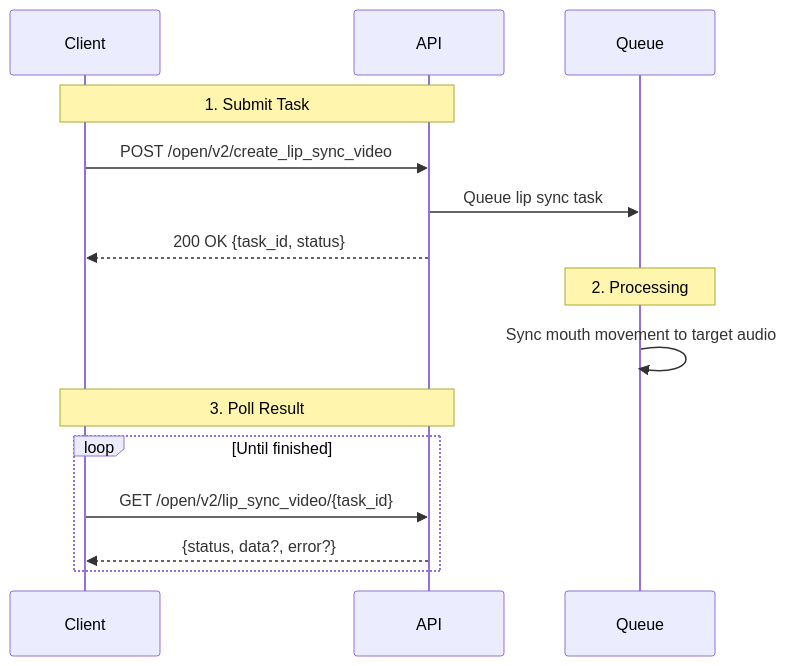
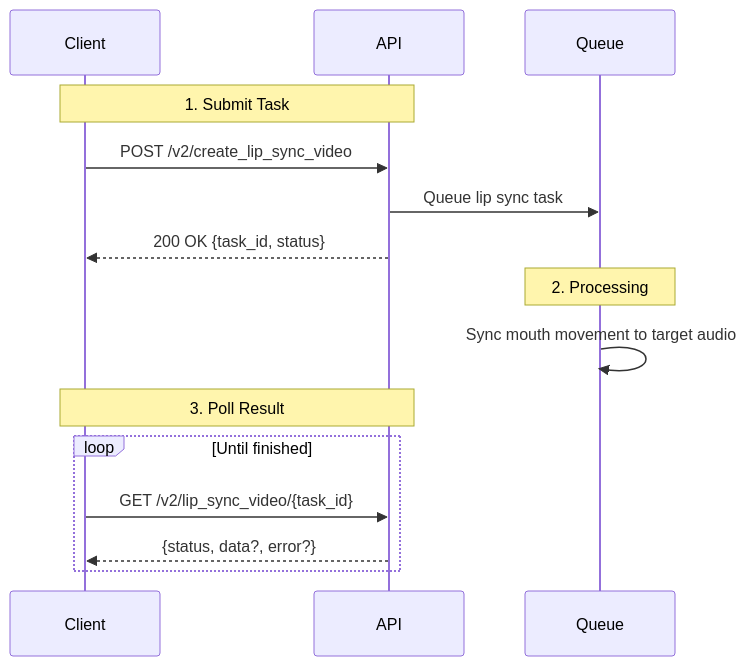
One commit to JoggAI-Tech/docs changed the diagram in api-reference/v2/API Documentation/LipSyncVideo.mdx. Above: the diagram before and after it, drawn with Mermaid. The commit also changed other lines of this file and 3 other files, not shown here.

````diff
--- a/api-reference/v2/API Documentation/LipSyncVideo.mdx
+++ b/api-reference/v2/API Documentation/LipSyncVideo.mdx
@@ -45,20 +45,20 @@
 ```mermaid
 sequenceDiagram
     participant Client
     participant API
     participant Queue
 
     Note over Client,API: 1. Submit Task
-    Client->>API: POST /open/v2/create_lip_sync_video
+    Client->>API: POST /v2/create_lip_sync_video
     API->>Queue: Queue lip sync task
     API-->>Client: 200 OK {task_id, status}
 
     Note over Queue: 2. Processing
     Queue->>Queue: Sync mouth movement to target audio
 
     Note over Client,API: 3. Poll Result
     loop Until finished
-        Client->>API: GET /open/v2/lip_sync_video/{task_id}
+        Client->>API: GET /v2/lip_sync_video/{task_id}
         API-->>Client: {status, data?, error?}
     end
 ```
````
